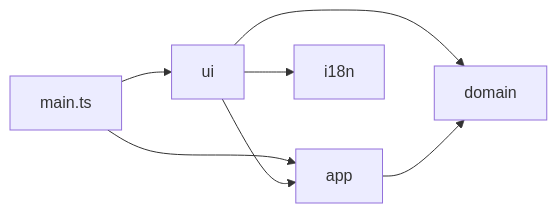
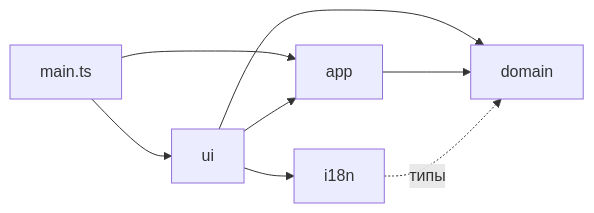
One commit to SergeyKrasnoslobodtsev/camera-calc changed the first of 2 diagrams in docs/architecture/ARCHITECTURE.md. Above: the diagram before and after it, drawn with Mermaid. The commit also changed other lines of this file and 5 other files, not shown here.

````diff
--- a/docs/architecture/ARCHITECTURE.md
+++ b/docs/architecture/ARCHITECTURE.md
@@ -23,9 +23,10 @@
 ```mermaid
 flowchart LR
     main[main.ts] --> ui
     main --> app
     ui --> app
     ui --> i18n
     ui --> domain
     app --> domain
+    i18n -. типы .-> domain
 ```
````
